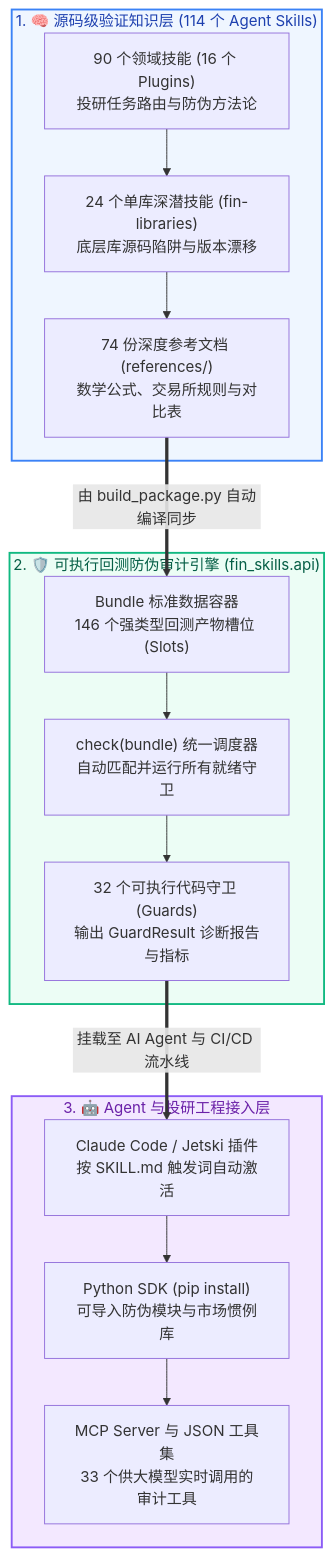
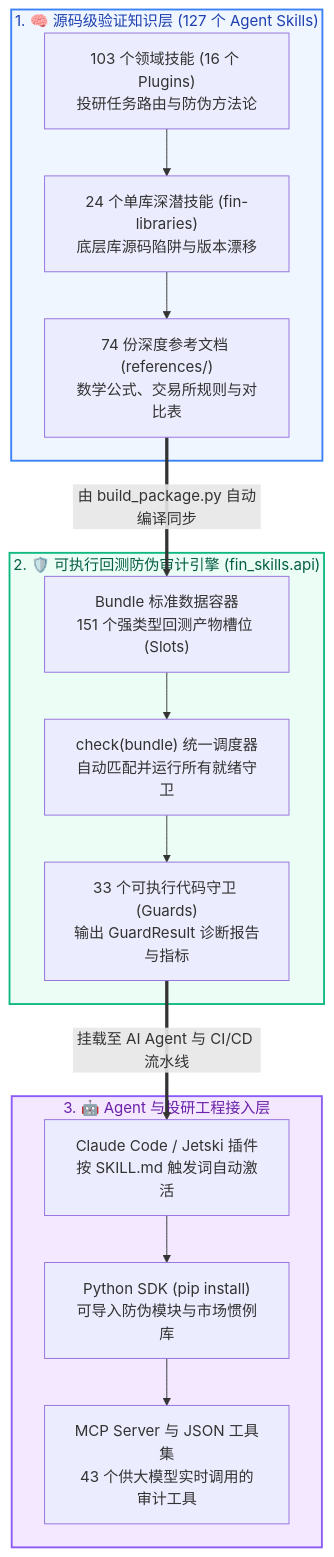
Before and after one commit to howard-lynn-ye/fin-skills: the diagram in docs/README_ZH.md, drawn with Mermaid. The commit also changed other lines of this file and 130 other files, not shown here.

````diff
--- a/docs/README_ZH.md
+++ b/docs/README_ZH.md
@@ -48,21 +50,21 @@
 ```mermaid
 flowchart TD
-    subgraph TIER1 ["1. 🧠 源码级验证知识层 (114 个 Agent Skills)"]
-        D1["90 个领域技能 (16 个 Plugins)<br/>投研任务路由与防伪方法论"] --> D2["24 个单库深潜技能 (fin-libraries)<br/>底层库源码陷阱与版本漂移"] --> D3["74 份深度参考文档 (references/)<br/>数学公式、交易所规则与对比表"]
+    subgraph TIER1 ["1. 🧠 源码级验证知识层 (127 个 Agent Skills)"]
+        D1["103 个领域技能 (16 个 Plugins)<br/>投研任务路由与防伪方法论"] --> D2["24 个单库深潜技能 (fin-libraries)<br/>底层库源码陷阱与版本漂移"] --> D3["74 份深度参考文档 (references/)<br/>数学公式、交易所规则与对比表"]
     end
 
     subgraph TIER2 ["2. 🛡️ 可执行回测防伪审计引擎 (fin_skills.api)"]
-        E1["Bundle 标准数据容器<br/>146 个强类型回测产物槽位 (Slots)"] --> E2["check(bundle) 统一调度器<br/>自动匹配并运行所有就绪守卫"] --> E3["32 个可执行代码守卫 (Guards)<br/>输出 GuardResult 诊断报告与指标"]
+        E1["Bundle 标准数据容器<br/>151 个强类型回测产物槽位 (Slots)"] --> E2["check(bundle) 统一调度器<br/>自动匹配并运行所有就绪守卫"] --> E3["33 个可执行代码守卫 (Guards)<br/>输出 GuardResult 诊断报告与指标"]
     end
 
     subgraph TIER3 ["3. 🤖 Agent 与投研工程接入层"]
-        I1["Claude Code / Jetski 插件<br/>按 SKILL.md 触发词自动激活"] --> I2["Python SDK (pip install)<br/>可导入防伪模块与市场惯例库"] --> I3["MCP Server 与 JSON 工具集<br/>33 个供大模型实时调用的审计工具"]
+        I1["Claude Code / Jetski 插件<br/>按 SKILL.md 触发词自动激活"] --> I2["Python SDK (pip install)<br/>可导入防伪模块与市场惯例库"] --> I3["MCP Server 与 JSON 工具集<br/>43 个供大模型实时调用的审计工具"]
     end
 
     D3 ==>|由 build_package.py 自动编译同步| E1
     E3 ==>|挂载至 AI Agent 与 CI/CD 流水线| I1
 
     style TIER1 fill:#eff6ff,stroke:#3b82f6,stroke-width:2px,color:#1e40af
     style TIER2 fill:#ecfdf5,stroke:#10b981,stroke-width:2px,color:#065f46
     style TIER3 fill:#f3e8ff,stroke:#8b5cf6,stroke-width:2px,color:#6b21a8
 ```
````
